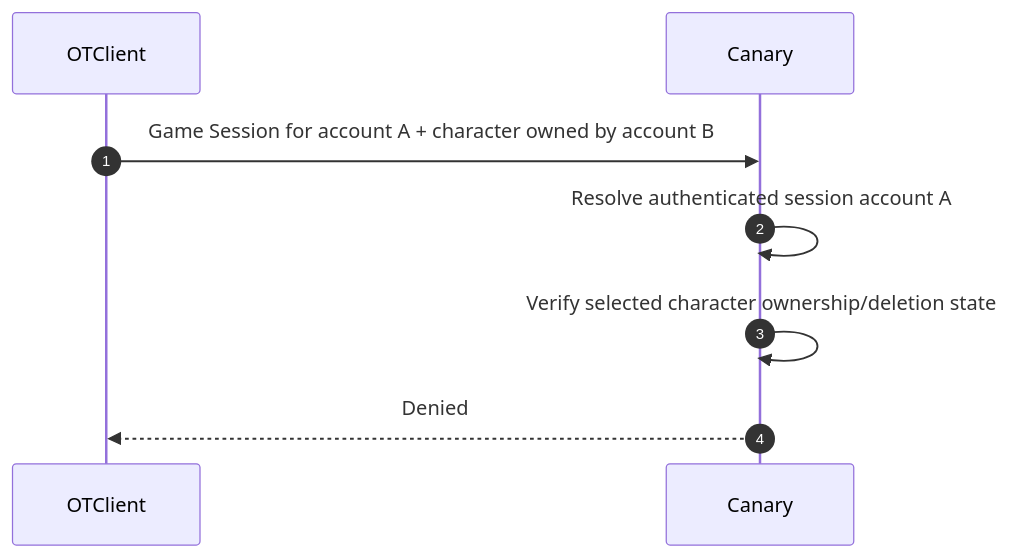
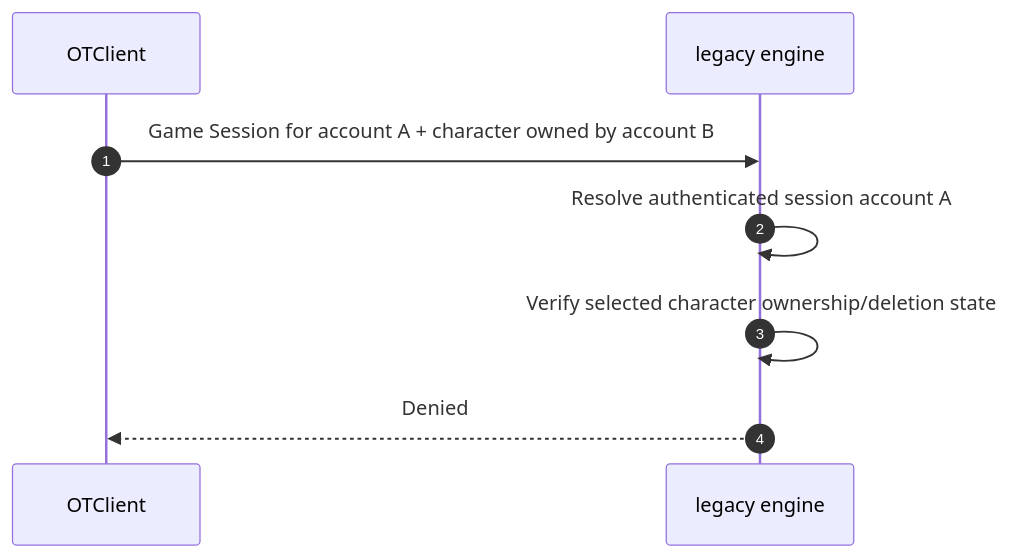
Diagram 21 of 24 in docs/architecture/GAME_AUTH_SEQUENCE_DIAGRAMS.md (Oteryn/Oteryn-Platform), drawn with Mermaid before and after one commit. The commit also changed other lines of this file and 19 other files, not shown here.

````diff
--- a/docs/architecture/GAME_AUTH_SEQUENCE_DIAGRAMS.md
+++ b/docs/architecture/GAME_AUTH_SEQUENCE_DIAGRAMS.md
@@ -459,11 +459,11 @@
 ```mermaid
 sequenceDiagram
     autonumber
     participant C as OTClient
-    participant K as Canary
+    participant K as legacy engine
 
     C->>K: Game Session for account A + character owned by account B
     K->>K: Resolve authenticated session account A
     K->>K: Verify selected character ownership/deletion state
     K-->>C: Denied
 ```
````
